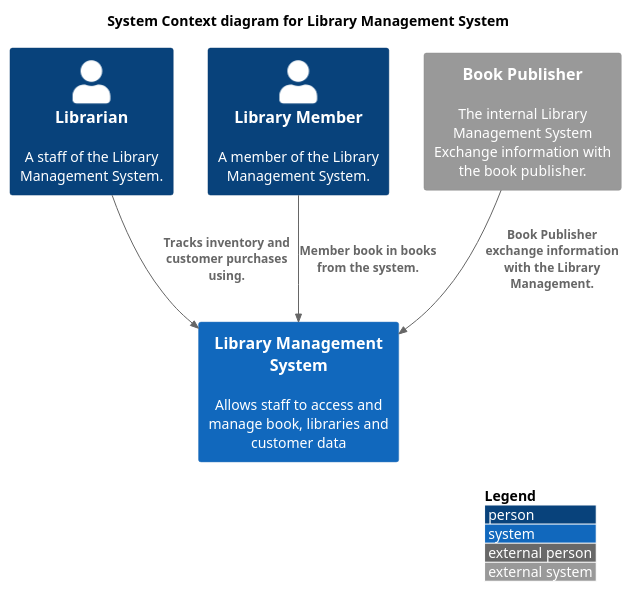
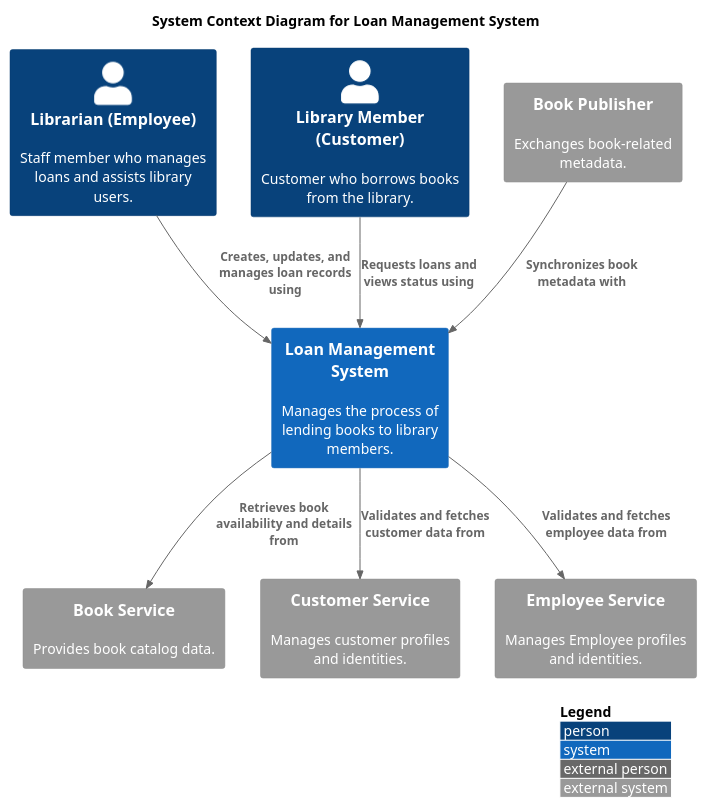
The diagram in diagram/L1.puml (2333476/LibraryManagementSystem), drawn with PlantUML before and after one commit. The commit also changed 97 other files, not shown here.

Commit message:
chore: initial commit for LibraryManagementSystem

```diff
--- a/diagram/L1.puml
+++ b/diagram/L1.puml
@@ -1,20 +1,33 @@
 @startuml
 !include https://raw.githubusercontent.com/plantuml-stdlib/C4-PlantUML/master/C4_Context.puml
-' uncomment the following line and comment the first to use locally
-' !include C4_Context.puml
 
 LAYOUT_WITH_LEGEND()
 
-title System Context diagram for Library Management System
+title System Context Diagram for Loan Management System
 
-Person(staff, "Librarian", "A staff of the Library Management System.")
-System(libraryManagement_System, "Library Management System", "Allows staff to access and manage book, libraries and customer data")
-Person(member, "Library Member", "A member of the Library Management System.")
-System_Ext(book_publisher, "Book Publisher", "The internal Library Management System Exchange information with the book publisher.")
+' Actors
+Person(employee, "Librarian (Employee)", "Staff member who manages loans and assists library users.")
+Person(customer, "Library Member (Customer)", "Customer who borrows books from the library.")
+
+' Our Aggregator Microservice
+System(loanSystem, "Loan Management System", "Manages the process of lending books to library members.")
+
+' Dependent Microservices
+System_Ext(bookService, "Book Service", "Provides book catalog data.")
+System_Ext(customerService, "Customer Service", "Manages customer profiles and identities.")
+System_Ext(employeeService, "Employee Service", "Manages Employee profiles and identities.")
 
 
-Rel(staff, libraryManagement_System, "Tracks inventory and customer purchases using.")
-Rel(member, libraryManagement_System, "Member book in books from the system.")
-Rel(book_publisher, libraryManagement_System, "Book Publisher exchange information with the Library Management.")
+
+' Optional External Partner
+System_Ext(bookPublisher, "Book Publisher", "Exchanges book-related metadata.")
+
+' Relationships
+Rel(employee, loanSystem, "Creates, updates, and manages loan records using")
+Rel(customer, loanSystem, "Requests loans and views status using")
+Rel(loanSystem, bookService, "Retrieves book availability and details from")
+Rel(loanSystem, customerService, "Validates and fetches customer data from")
+Rel(loanSystem, employeeService, "Validates and fetches employee data from")
+Rel(bookPublisher, loanSystem, "Synchronizes book metadata with")
 
 @enduml
```
